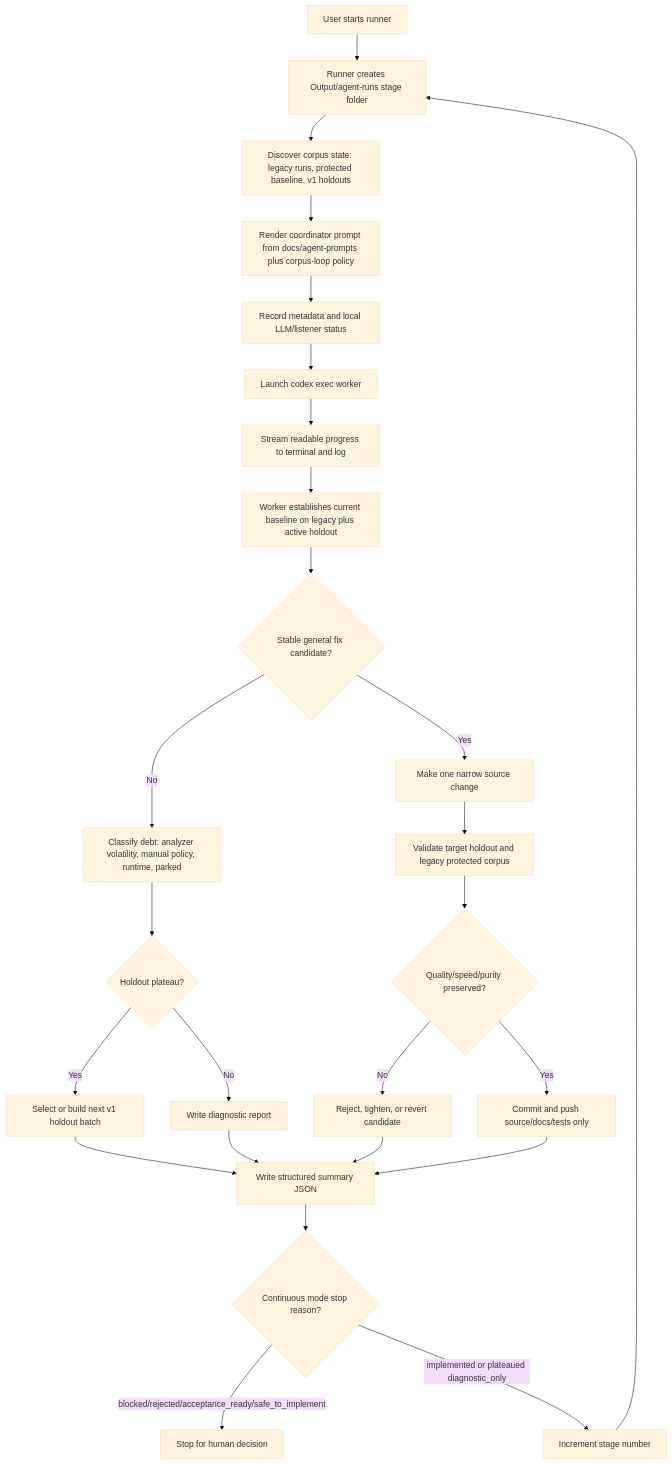
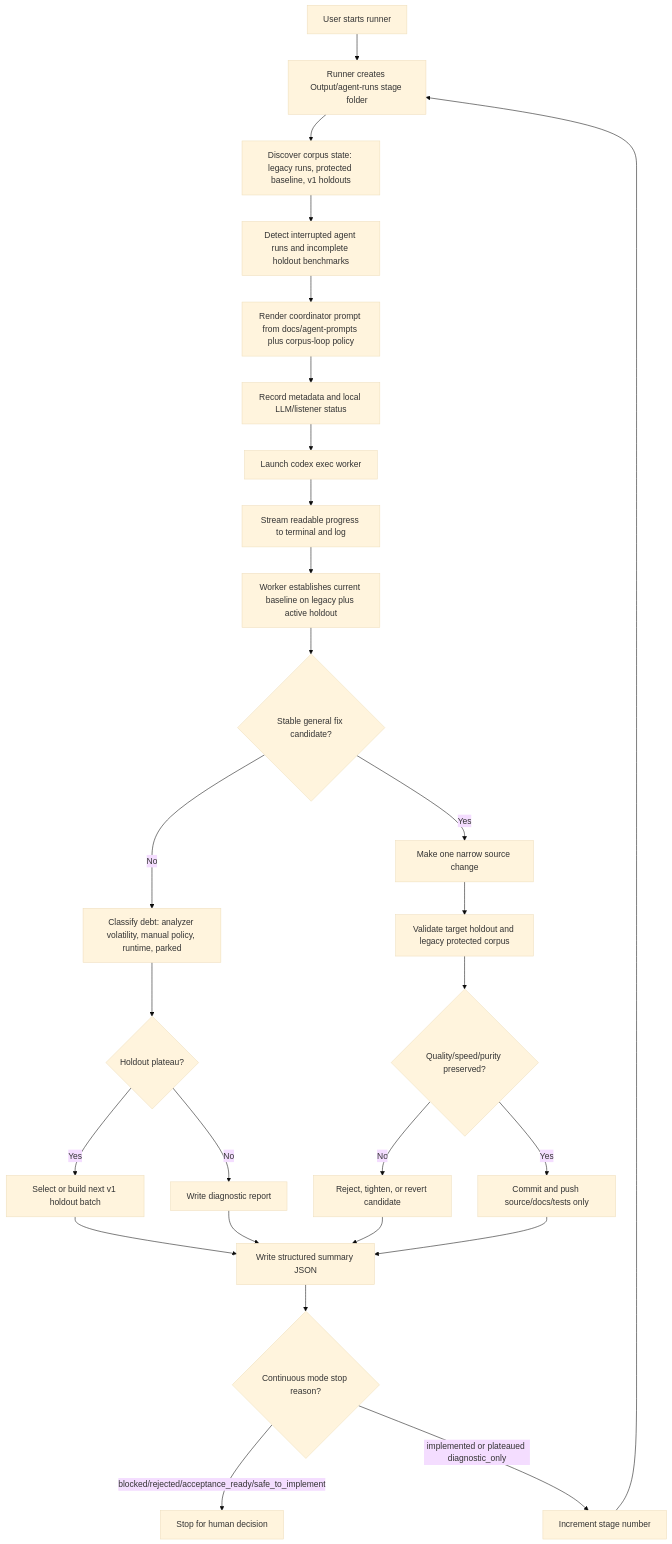
The first of 4 diagrams in docs/codex-stage-flow.md (fourtytwo42/PDFAF_v2), drawn with Mermaid (base theme) before and after one commit. The commit also changed other lines of this file and 1 other file, not shown here.

````diff
--- a/docs/codex-stage-flow.md
+++ b/docs/codex-stage-flow.md
@@ -3,28 +3,29 @@
 ```mermaid
 flowchart TD
   A[User starts runner] --> B[Runner creates Output/agent-runs stage folder]
   B --> C[Discover corpus state: legacy runs, protected baseline, v1 holdouts]
-  C --> D[Render coordinator prompt from docs/agent-prompts plus corpus-loop policy]
+  C --> C2[Detect interrupted agent runs and incomplete holdout benchmarks]
+  C2 --> D[Render coordinator prompt from docs/agent-prompts plus corpus-loop policy]
   D --> E[Record metadata and local LLM/listener status]
   E --> F[Launch codex exec worker]
   F --> G[Stream readable progress to terminal and log]
   G --> H[Worker establishes current baseline on legacy plus active holdout]
   H --> I{Stable general fix candidate?}
   I -- No --> J[Classify debt: analyzer volatility, manual policy, runtime, parked]
   J --> K{Holdout plateau?}
   K -- Yes --> L[Select or build next v1 holdout batch]
   K -- No --> M[Write diagnostic report]
   I -- Yes --> N[Make one narrow source change]
   N --> O[Validate target holdout and legacy protected corpus]
   L --> P[Write structured summary JSON]
   M --> P
   O --> Q{Quality/speed/purity preserved?}
   Q -- No --> R[Reject, tighten, or revert candidate]
   Q -- Yes --> S[Commit and push source/docs/tests only]
   R --> P
   S --> P
   P --> T{Continuous mode stop reason?}
   T -- blocked/rejected/acceptance_ready/safe_to_implement --> U[Stop for human decision]
   T -- implemented or plateaued diagnostic_only --> V[Increment stage number]
   V --> B
 ```
````
